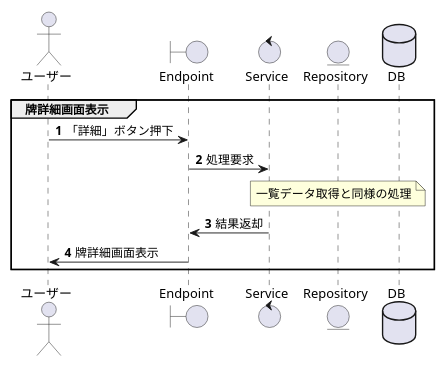
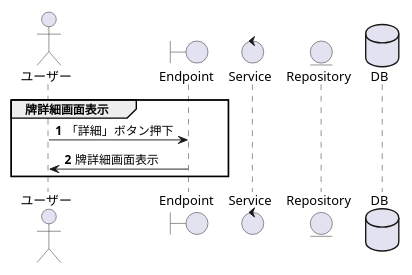
The seventh of 14 diagrams in document/詳細設計書/詳細設計書.md (NakataTPD/2018-k-web-training), drawn with PlantUML before and after one commit. The commit also changed other lines of this file and 1 other file, not shown here.

````diff
--- a/document/詳細設計書/詳細設計書.md
+++ b/document/詳細設計書/詳細設計書.md
@@ -401,21 +412,16 @@
 ```puml
 scale 0.8
 actor ユーザー as User
 boundary Endpoint as Con
 control Service as Ser
 entity Repository as Repo
 database DB as DB
 
 group 牌詳細画面表示
   autonumber 1
 
     User -> Con: 「詳細」ボタン押下
-    Con -> Ser: 処理要求
-    note over Repo
-    一覧データ取得と同様の処理
-    end note
-    Ser -> Con: 結果返却
     Con -> User: 牌詳細画面表示
 
 end
 ```
````
